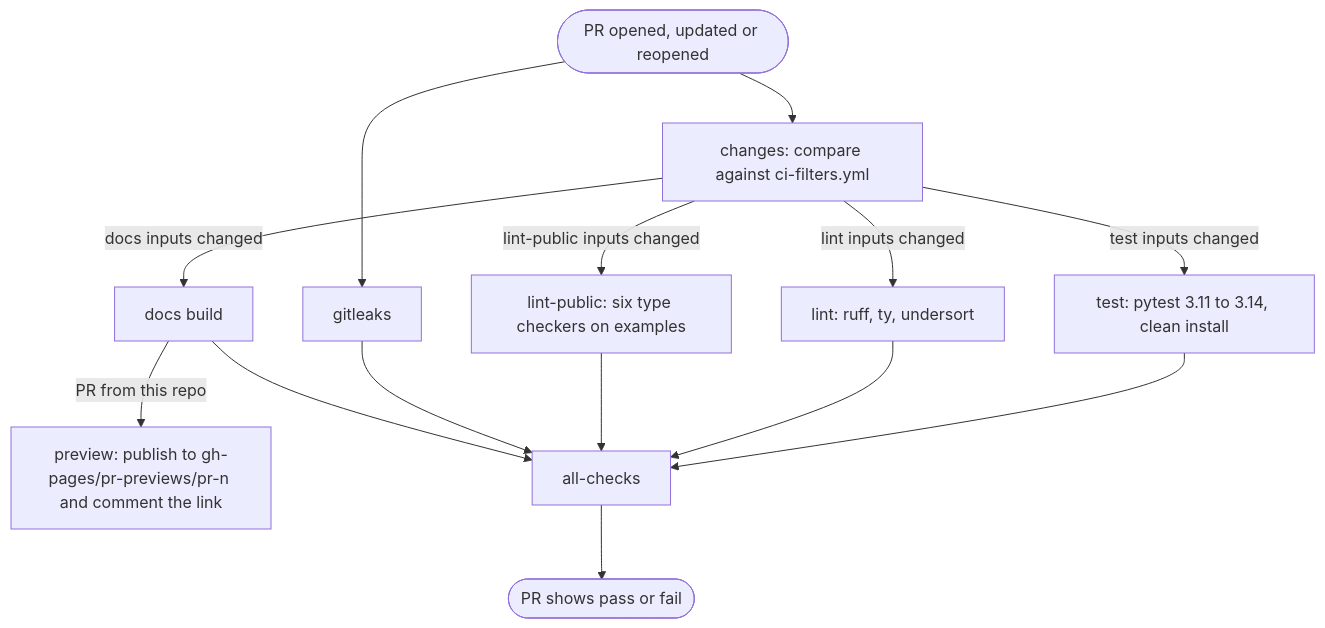
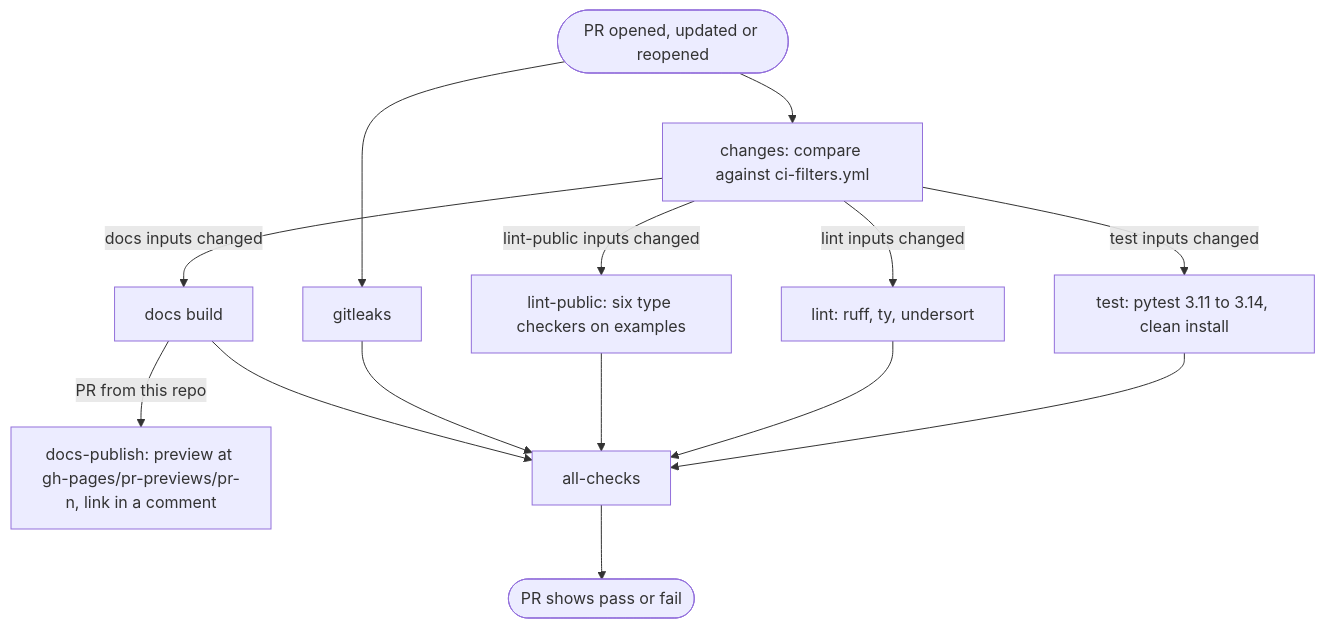
Before and after one commit to HEROgold/confkit: the first of 4 diagrams in docs/ci.md, drawn with Mermaid. The commit also changed other lines of this file, not shown here.

First line of the commit message:
docs: show docs-publish as its own step in the CI page

````diff
--- a/docs/ci.md
+++ b/docs/ci.md
@@ -26,16 +27,16 @@
 ```mermaid
 flowchart TD
     open([PR opened, updated or reopened]) --> changes[changes: compare against ci-filters.yml]
     open --> gitleaks[gitleaks]
     changes -->|test inputs changed| test[test: pytest 3.11 to 3.14, clean install]
     changes -->|lint inputs changed| lint[lint: ruff, ty, undersort]
     changes -->|lint-public inputs changed| lintpub[lint-public: six type checkers on examples]
     changes -->|docs inputs changed| build[docs build]
-    build -->|PR from this repo| preview[preview: publish to gh-pages/pr-previews/pr-n and comment the link]
+    build -->|PR from this repo| preview[docs-publish: preview at gh-pages/pr-previews/pr-n, link in a comment]
     test --> all[all-checks]
     lint --> all
     lintpub --> all
     gitleaks --> all
     build --> all
     all --> result([PR shows pass or fail])
 ```
````
